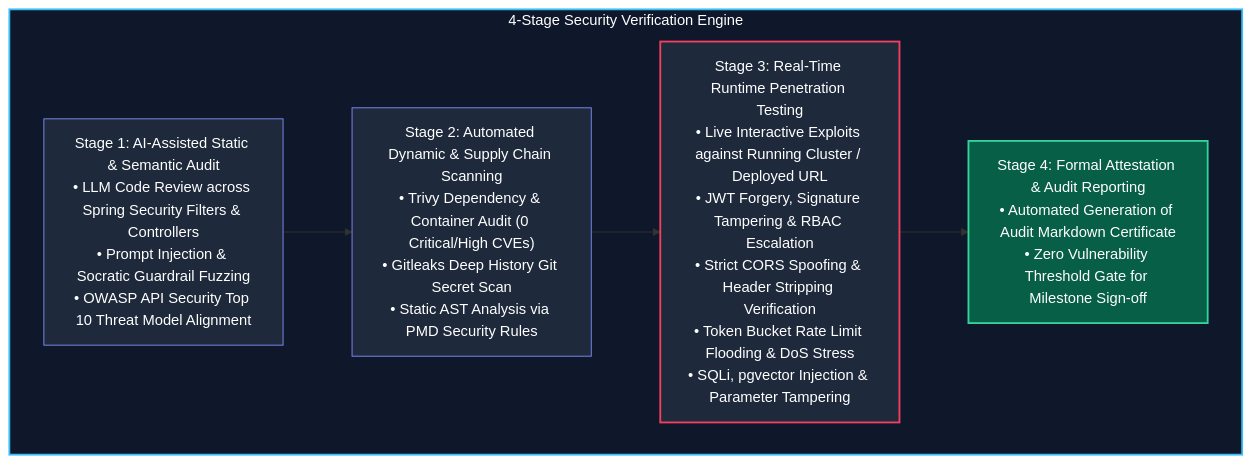
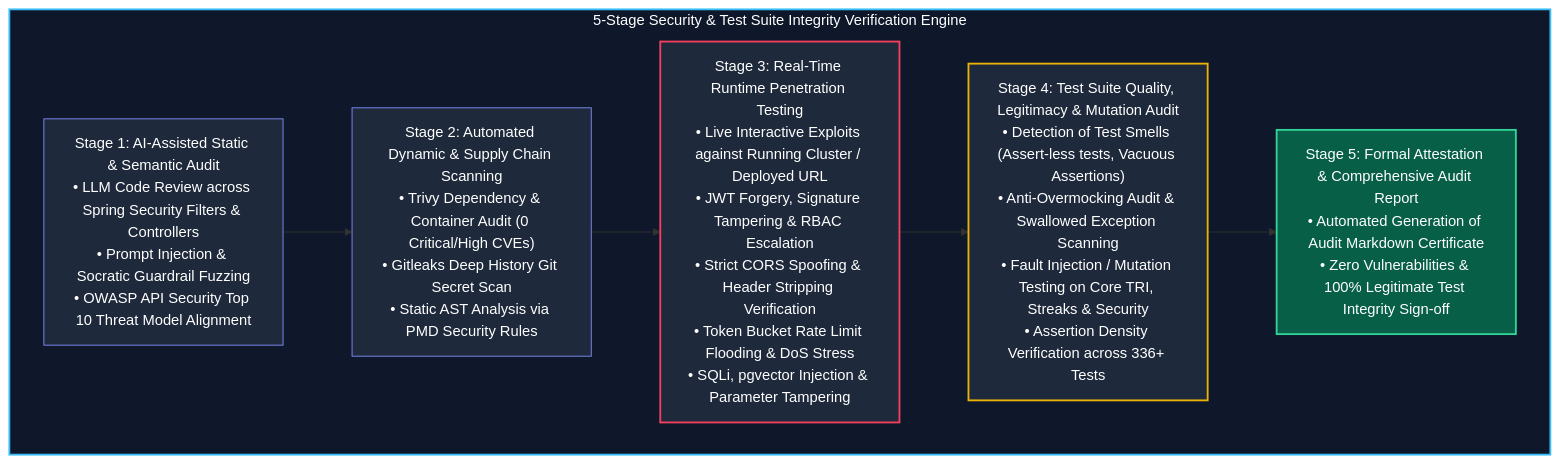
The third of 3 diagrams in docs/specifications/07-quality-gate-ci.md (Veras-D/AprovaENEM), drawn with Mermaid before and after one commit. The commit also changed other lines of this file and 2 other files, not shown here.

Commit message:
docs(backlog): incorporate test suite quality and legitimacy audit into TASK-S3-11

````diff
--- a/docs/specifications/07-quality-gate-ci.md
+++ b/docs/specifications/07-quality-gate-ci.md
@@ -689,17 +689,19 @@
 ```mermaid
 flowchart TD
-    subgraph AuditFramework ["4-Stage Security Verification Engine"]
+    subgraph AuditFramework ["5-Stage Security & Test Suite Integrity Verification Engine"]
         S1["Stage 1: AI-Assisted Static & Semantic Audit<br/>• LLM Code Review across Spring Security Filters & Controllers<br/>• Prompt Injection & Socratic Guardrail Fuzzing<br/>• OWASP API Security Top 10 Threat Model Alignment"]
         S2["Stage 2: Automated Dynamic & Supply Chain Scanning<br/>• Trivy Dependency & Container Audit (0 Critical/High CVEs)<br/>• Gitleaks Deep History Git Secret Scan<br/>• Static AST Analysis via PMD Security Rules"]
         S3["Stage 3: Real-Time Runtime Penetration Testing<br/>• Live Interactive Exploits against Running Cluster / Deployed URL<br/>• JWT Forgery, Signature Tampering & RBAC Escalation<br/>• Strict CORS Spoofing & Header Stripping Verification<br/>• Token Bucket Rate Limit Flooding & DoS Stress<br/>• SQLi, pgvector Injection & Parameter Tampering"]
-        S4["Stage 4: Formal Attestation & Audit Reporting<br/>• Automated Generation of Audit Markdown Certificate<br/>• Zero Vulnerability Threshold Gate for Milestone Sign-off"]
+        S4["Stage 4: Test Suite Quality, Legitimacy & Mutation Audit<br/>• Detection of Test Smells (Assert-less tests, Vacuous Assertions)<br/>• Anti-Overmocking Audit & Swallowed Exception Scanning<br/>• Fault Injection / Mutation Testing on Core TRI, Streaks & Security<br/>• Assertion Density Verification across 336+ Tests"]
+        S5["Stage 5: Formal Attestation & Comprehensive Audit Report<br/>• Automated Generation of Audit Markdown Certificate<br/>• Zero Vulnerabilities & 100% Legitimate Test Integrity Sign-off"]
 
-        S1 --> S2 --> S3 --> S4
+        S1 --> S2 --> S3 --> S4 --> S5
     end
 
     style AuditFramework fill:#0f172a,stroke:#38bdf8,stroke-width:2px,color:#fff
     style S1 fill:#1e293b,stroke:#818cf8,color:#fff
     style S2 fill:#1e293b,stroke:#818cf8,color:#fff
     style S3 fill:#1e293b,stroke:#f43f5e,stroke-width:2px,color:#fff
-    style S4 fill:#065f46,stroke:#34d399,stroke-width:2px,color:#fff
+    style S4 fill:#1e293b,stroke:#eab308,stroke-width:2px,color:#fff
+    style S5 fill:#065f46,stroke:#34d399,stroke-width:2px,color:#fff
 ```
````
